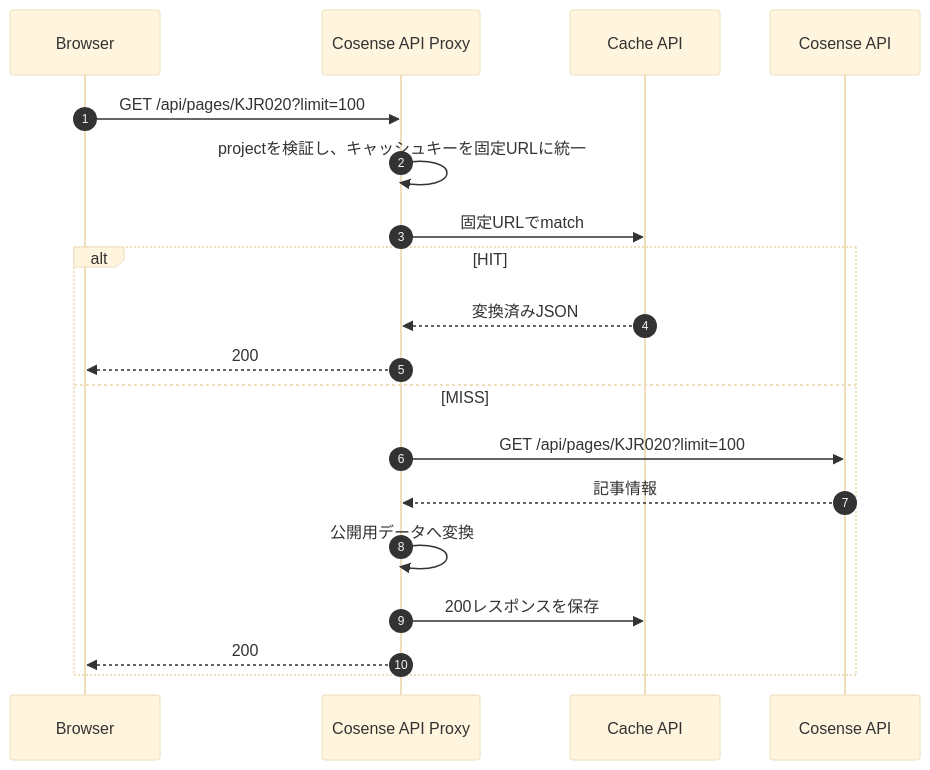
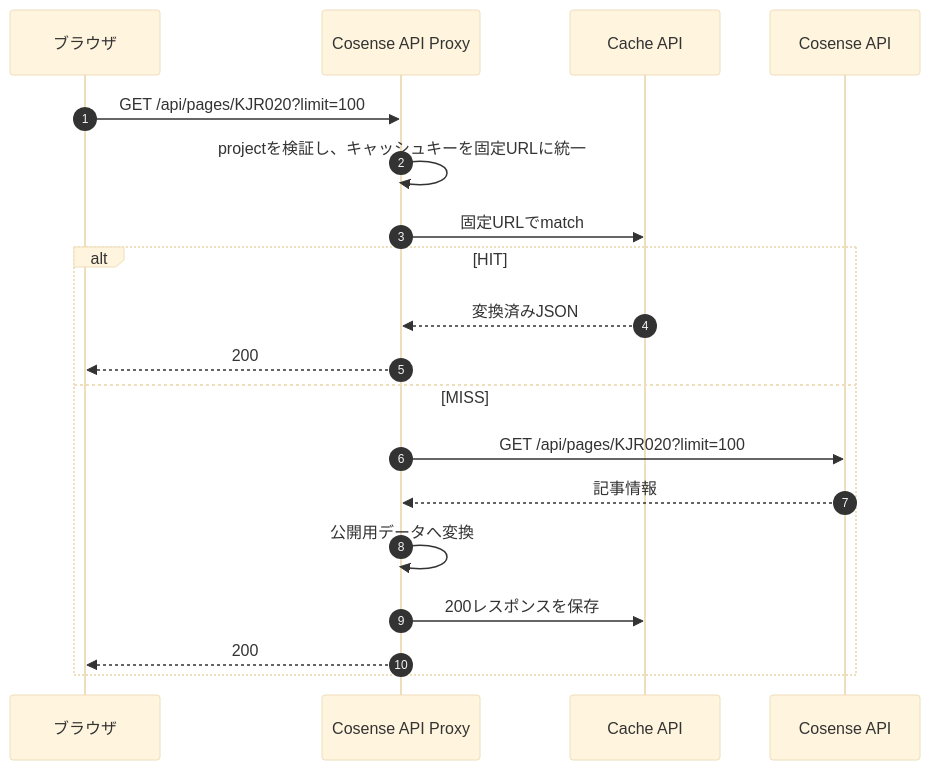
One commit to KJR020/kjr020-blog changed the diagram in docs/architecture/cosense-api-proxy.md. Above: the diagram before and after it, drawn with Mermaid (base theme). The commit also changed other lines of this file and 33 other files, not shown here.

````diff
--- a/docs/architecture/cosense-api-proxy.md
+++ b/docs/architecture/cosense-api-proxy.md
@@ -16,22 +16,22 @@
 ```mermaid
 sequenceDiagram
     autonumber
-    participant Browser
+    participant Browser as ブラウザ
     participant Function as Cosense API Proxy
     participant Cache as Cache API
     participant Cosense as Cosense API
 
     Browser->>Function: GET /api/pages/KJR020?limit=100
     Function->>Function: projectを検証し、キャッシュキーを固定URLに統一
     Function->>Cache: 固定URLでmatch
     alt HIT
         Cache-->>Function: 変換済みJSON
         Function-->>Browser: 200
     else MISS
         Function->>Cosense: GET /api/pages/KJR020?limit=100
         Cosense-->>Function: 記事情報
         Function->>Function: 公開用データへ変換
         Function->>Cache: 200レスポンスを保存
         Function-->>Browser: 200
     end
 ```
````
